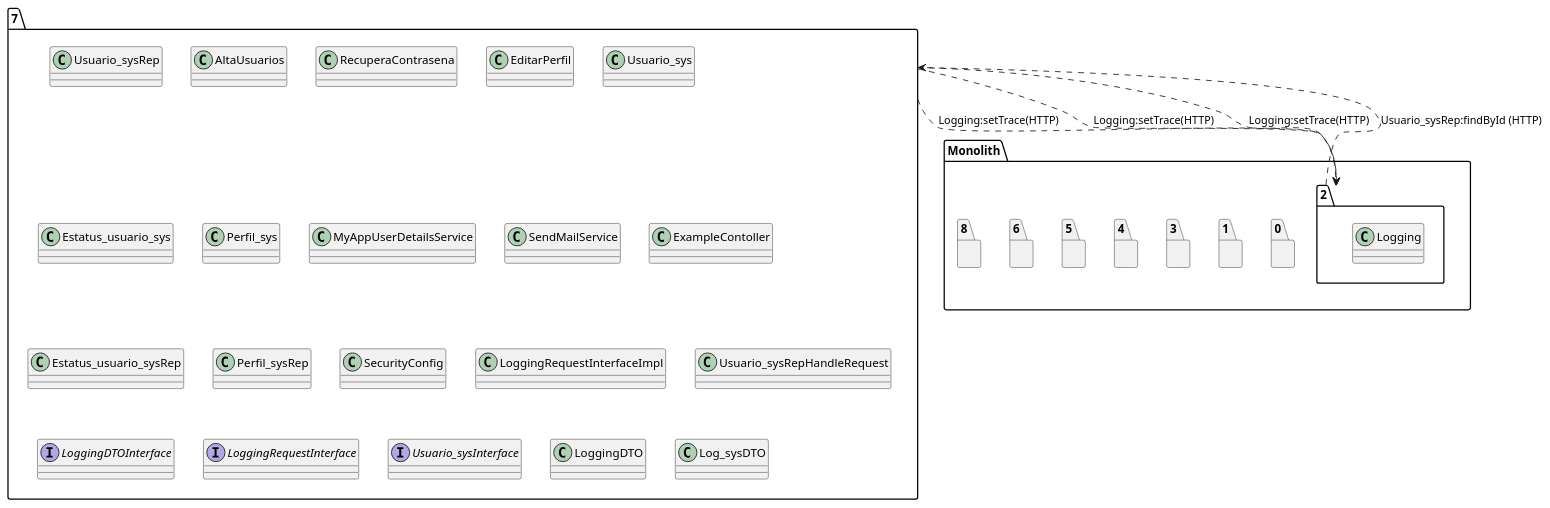
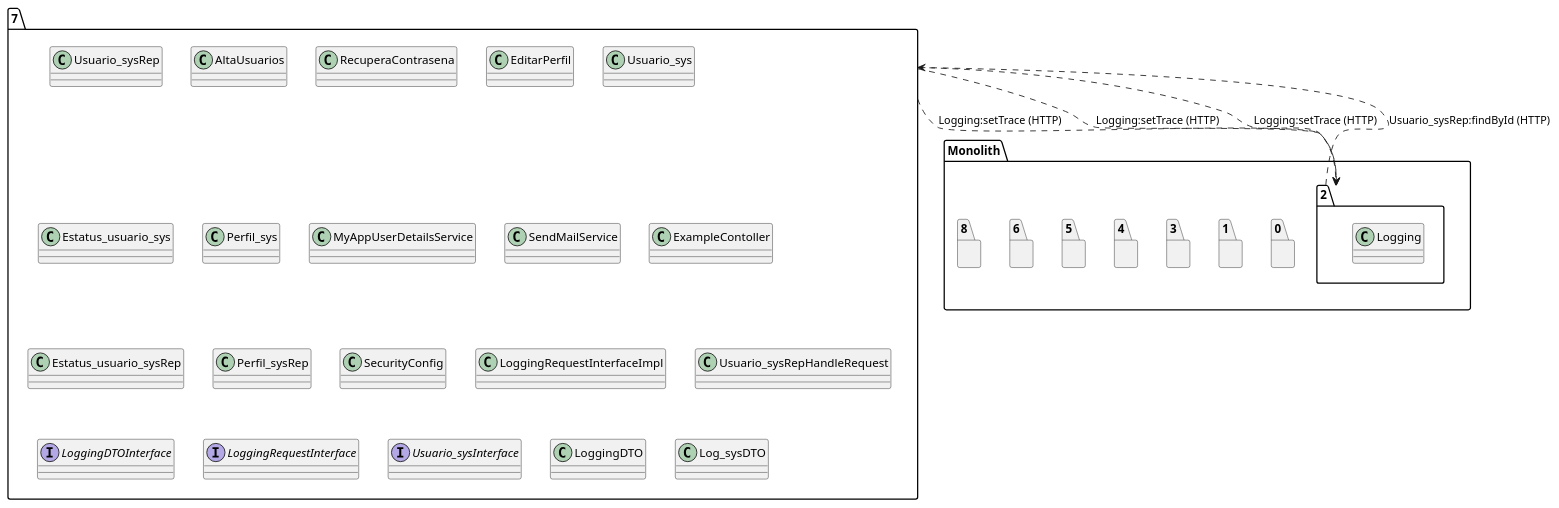
One commit to SoftwareForHumans/MicroOnion changed the diagram in visualization_tool/backend/files/proyectoUNAM/umls/states/service7_final_state.puml. Above: the diagram before and after it, drawn with PlantUML. The commit also changed 298 other files, not shown here.

```diff
--- a/visualization_tool/backend/files/proyectoUNAM/umls/states/service7_final_state.puml
+++ b/visualization_tool/backend/files/proyectoUNAM/umls/states/service7_final_state.puml
@@ -1,50 +1,50 @@
 @startuml
 package "7"{
 class Usuario_sysRep
 class AltaUsuarios
 class RecuperaContrasena
 class EditarPerfil
 class Usuario_sys
 class Estatus_usuario_sys
 class Perfil_sys
 class MyAppUserDetailsService
 class SendMailService
 class ExampleContoller
 class Estatus_usuario_sysRep
 class Perfil_sysRep
 class SecurityConfig
 class LoggingRequestInterfaceImpl
 class Usuario_sysRepHandleRequest
 interface LoggingDTOInterface
 interface LoggingRequestInterface
 interface Usuario_sysInterface
 class LoggingDTO
 class Log_sysDTO
 }
 package "Monolith" {
 package "0"{
 }
 package "1"{
 }
 package "2"{
 class Logging
 class Logging
 class Logging
 class Logging
 }
 package "3"{
 }
 package "4"{
 }
 package "5"{
 }
 package "6"{
 }
 package "8"{
 }
 }
-"7"..>"2":Logging:setTrace(HTTP)
-"7"..>"2":Logging:setTrace(HTTP)
-"7"..>"2":Logging:setTrace(HTTP)
+"7"..>"2":Logging:setTrace (HTTP)
+"7"..>"2":Logging:setTrace (HTTP)
+"7"..>"2":Logging:setTrace (HTTP)
 "2"..>"7":Usuario_sysRep:findById (HTTP)
 @enduml
```
